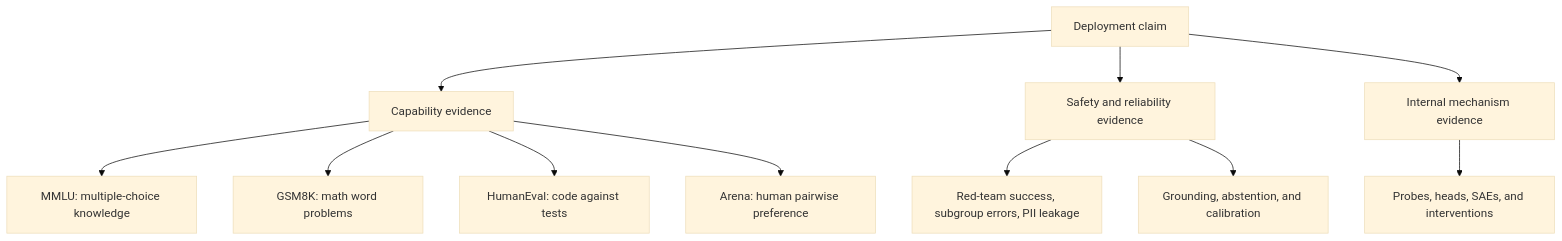
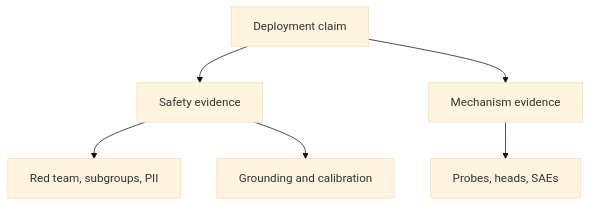
The fourth of 4 diagrams in docs/branch-08-ai-safety/notes.md (prkprime/ai), drawn with Mermaid (base theme) before and after one commit. The commit also changed other lines of this file and 12 other files, not shown here.

First line of the commit message:
docs: Fix mobile overflow and diagram readability

````diff
--- a/docs/branch-08-ai-safety/notes.md
+++ b/docs/branch-08-ai-safety/notes.md
@@ -522,13 +531,8 @@
 ```mermaid
 flowchart TB
-    A["Deployment claim"] --> B["Capability evidence"]
-    A --> C["Safety and reliability evidence"]
-    A --> D["Internal mechanism evidence"]
-    B --> E["MMLU: multiple-choice knowledge"]
-    B --> F["GSM8K: math word problems"]
-    B --> G["HumanEval: code against tests"]
-    B --> H["Arena: human pairwise preference"]
-    C --> I["Red-team success, subgroup errors, PII leakage"]
-    C --> J["Grounding, abstention, and calibration"]
-    D --> K["Probes, heads, SAEs, and interventions"]
+    A["Deployment claim"] --> C["Safety evidence"]
+    A --> D["Mechanism evidence"]
+    C --> I["Red team, subgroups, PII"]
+    C --> J["Grounding and calibration"]
+    D --> K["Probes, heads, SAEs"]
 ```
````
